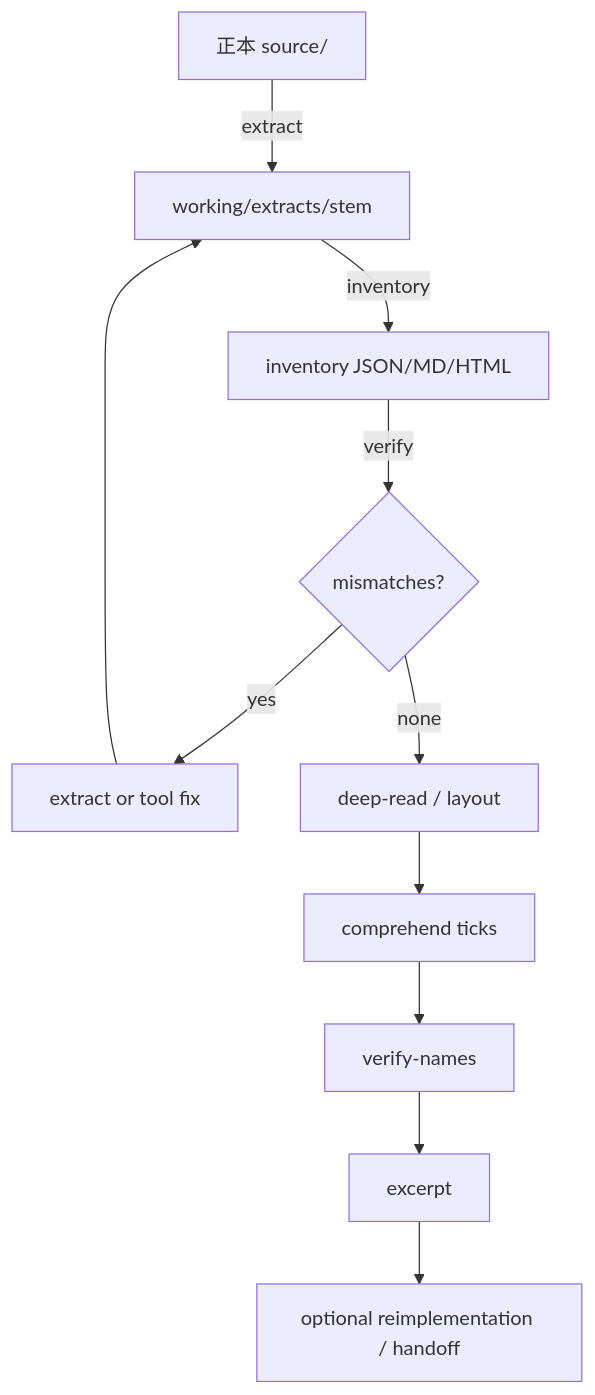
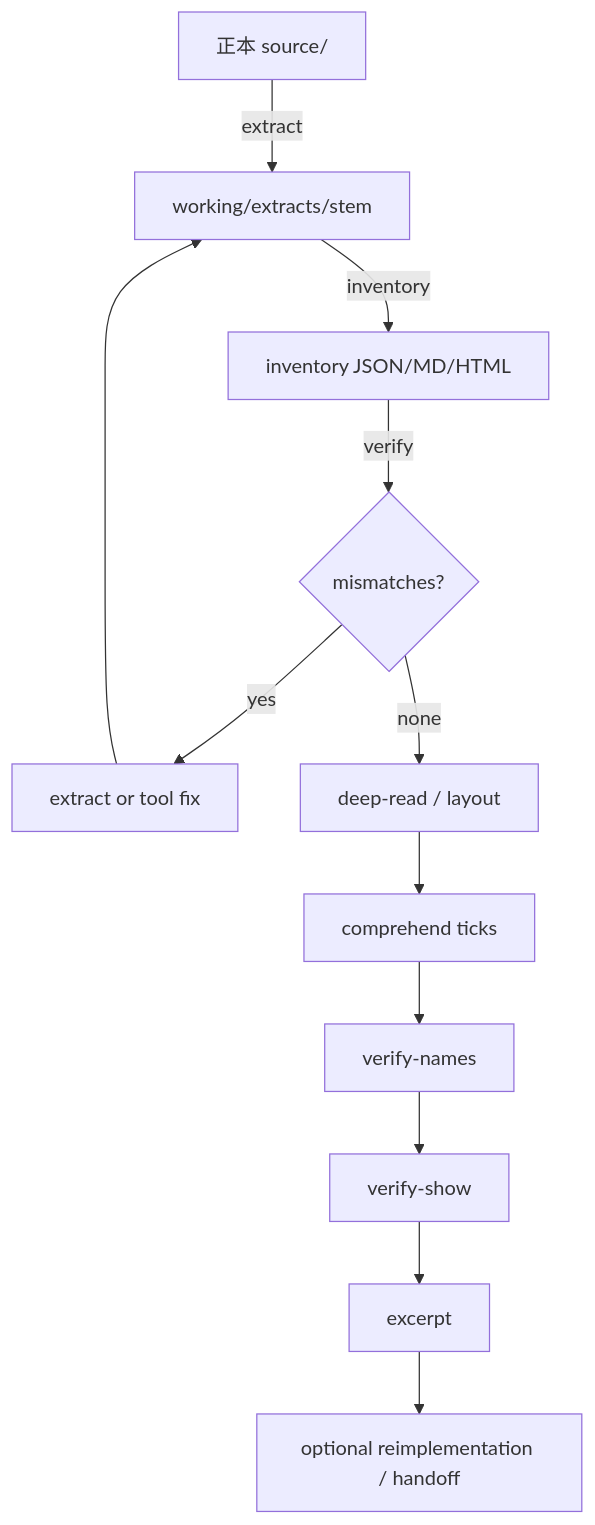
Before and after one commit to suzukiosm/vb6-archaeology: the diagram in docs/workflow.md, drawn with Mermaid. The commit also changed other lines of this file and 20 other files, not shown here.

````diff
--- a/docs/workflow.md
+++ b/docs/workflow.md
@@ -7,13 +7,14 @@
 ```mermaid
 flowchart TD
   A[正本 source/] -->|extract| B[working/extracts/stem]
   B -->|inventory| C[inventory JSON/MD/HTML]
   C -->|verify| D{mismatches?}
   D -->|yes| E[extract or tool fix]
   E --> B
   D -->|none| F[deep-read / layout]
   F --> G[comprehend ticks]
   G --> H[verify-names]
-  H --> J[excerpt]
+  H --> HS[verify-show]
+  HS --> J[excerpt]
   J --> I[optional reimplementation / handoff]
 ```
````
